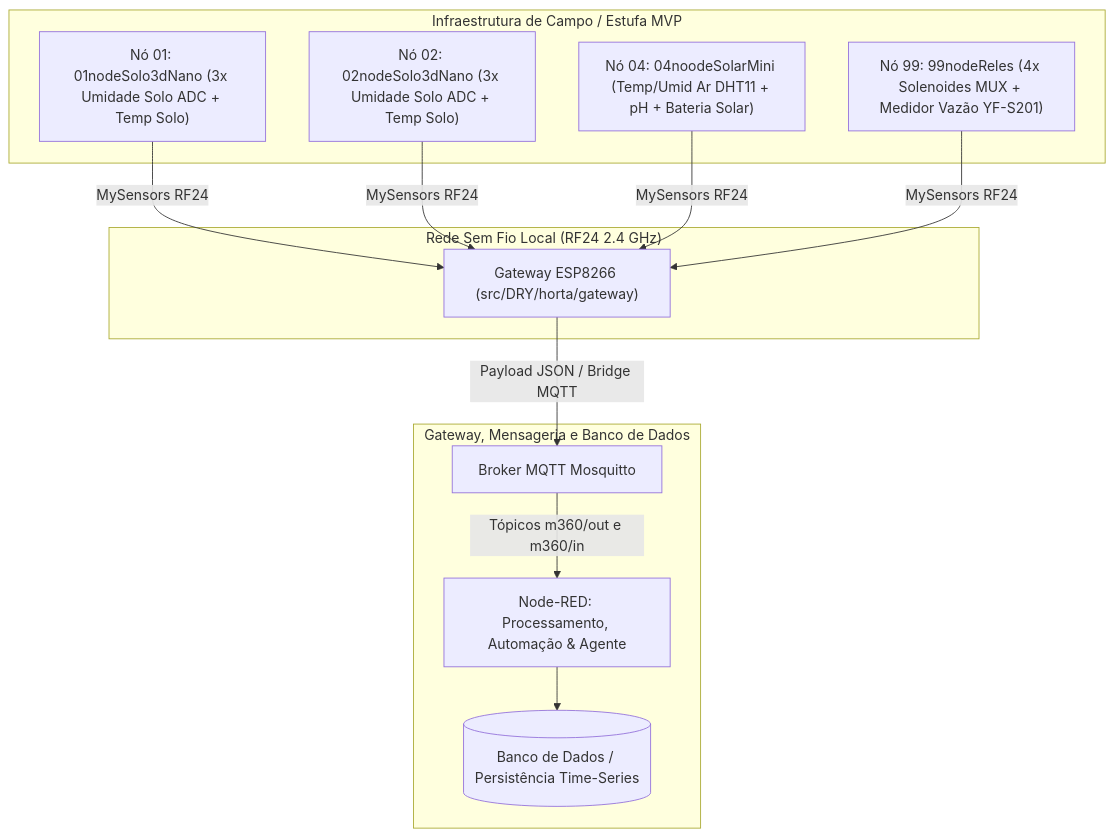
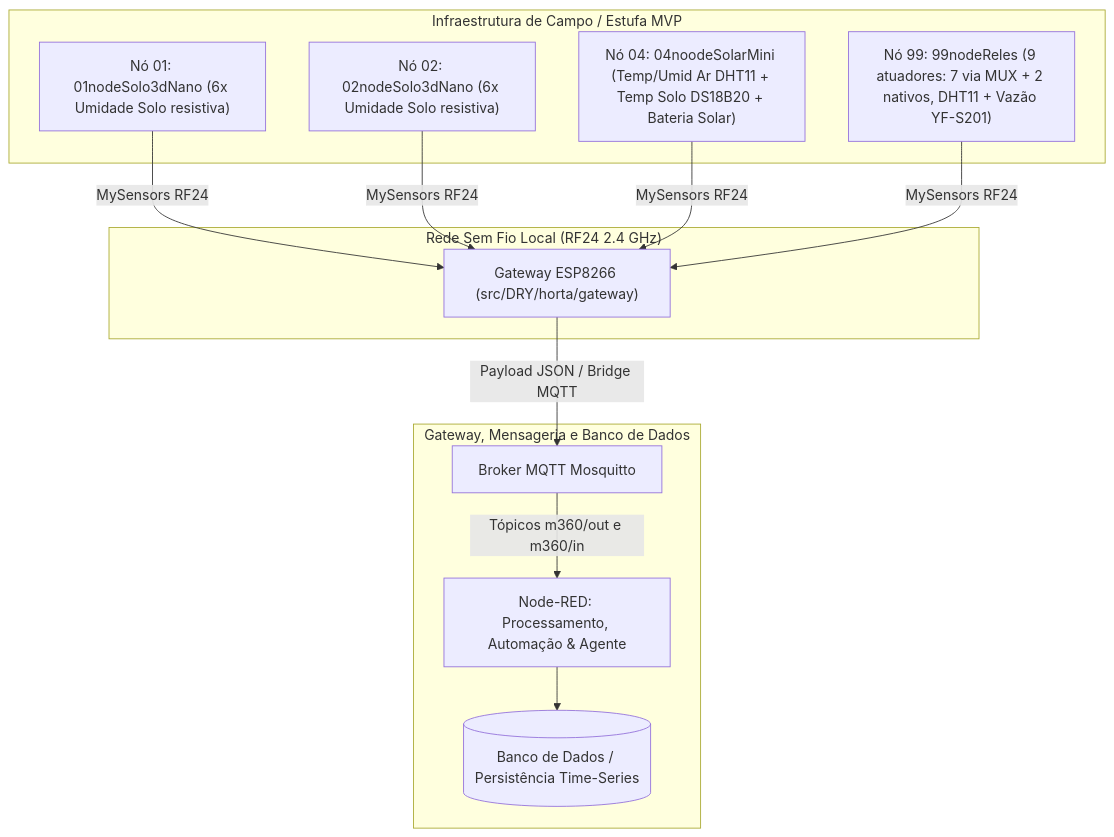
Before and after one commit to heliomx/m360_horta: the diagram in docs/relatorio/relatorio_atividades_desenvolvidas.md, drawn with Mermaid. The commit also changed other lines of this file and 10 other files, not shown here.

````diff
--- a/docs/relatorio/relatorio_atividades_desenvolvidas.md
+++ b/docs/relatorio/relatorio_atividades_desenvolvidas.md
@@ -16,22 +16,22 @@
 ```mermaid
 graph TD
     subgraph Campo ["Infraestrutura de Campo / Estufa MVP"]
-        N01["Nó 01: 01nodeSolo3dNano (3x Umidade Solo ADC + Temp Solo)"]
-        N02["Nó 02: 02nodeSolo3dNano (3x Umidade Solo ADC + Temp Solo)"]
-        N04["Nó 04: 04noodeSolarMini (Temp/Umid Ar DHT11 + pH + Bateria Solar)"]
-        N99["Nó 99: 99nodeReles (4x Solenoides MUX + Medidor Vazão YF-S201)"]
+        N01["Nó 01: 01nodeSolo3dNano (6x Umidade Solo resistiva)"]
+        N02["Nó 02: 02nodeSolo3dNano (6x Umidade Solo resistiva)"]
+        N04["Nó 04: 04noodeSolarMini (Temp/Umid Ar DHT11 + Temp Solo DS18B20 + Bateria Solar)"]
+        N99["Nó 99: 99nodeReles (9 atuadores: 7 via MUX + 2 nativos, DHT11 + Vazão YF-S201)"]
     end
 
     subgraph RF24 ["Rede Sem Fio Local (RF24 2.4 GHz)"]
         N01 -->|MySensors RF24| GW
         N02 -->|MySensors RF24| GW
         N04 -->|MySensors RF24| GW
         N99 -->|MySensors RF24| GW
     end
 
     subgraph GatewayServidor ["Gateway, Mensageria e Banco de Dados"]
         GW["Gateway ESP8266 (src/DRY/horta/gateway)"] -->|Payload JSON / Bridge MQTT| Broker["Broker MQTT Mosquitto"]
         Broker -->|Tópicos m360/out e m360/in| NR["Node-RED: Processamento, Automação & Agente"]
         NR --> DB[("Banco de Dados / Persistência Time-Series")]
     end
 ```
````
